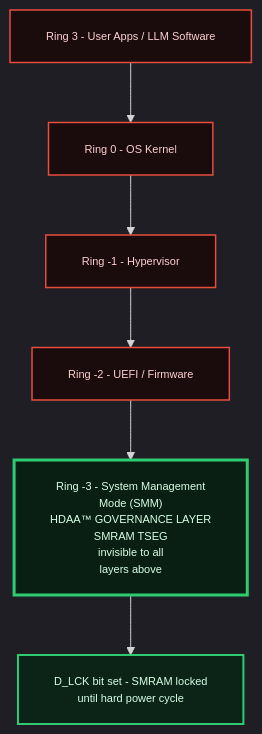
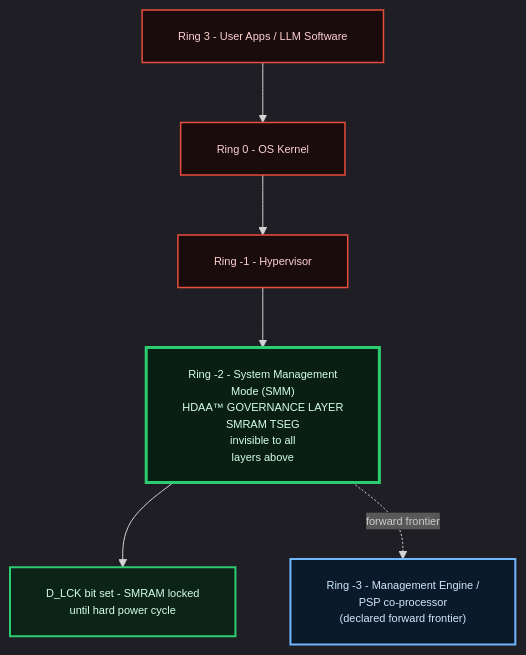
One commit to theghostinthecode-eng/The-Ghost-in-the-Code-HDAA-Substrate changed the second of 4 diagrams in docs/HDAA_FRAMEWORK.md. Above: the diagram before and after it, drawn with Mermaid. The commit also changed other lines of this file, not shown here.

````diff
--- a/docs/HDAA_FRAMEWORK.md
+++ b/docs/HDAA_FRAMEWORK.md
@@ -63,24 +67,26 @@
 ```mermaid
 %%{init: {"theme":"dark", "themeVariables": {"fontSize":"11px"}, "flowchart": {"nodeSpacing":55, "rankSpacing":60, "padding":18, "useMaxWidth":true, "htmlLabels":true, "wrap":true}}}%%
 flowchart TD
     R3["Ring 3 - User Apps / LLM Software"]
     R0["Ring 0 - OS Kernel"]
     Rm1["Ring -1 - Hypervisor"]
-    Rm2["Ring -2 - UEFI / Firmware"]
-    Rm3["Ring -3 - System Management<br>Mode (SMM)<br>HDAA™ GOVERNANCE LAYER<br>SMRAM TSEG<br>invisible to all<br>layers above"]
+    Rm2["Ring -2 - System Management<br>Mode (SMM)<br>HDAA&trade; GOVERNANCE LAYER<br>SMRAM TSEG<br>invisible to all<br>layers above"]
+    Rm3["Ring -3 - Management Engine /<br>PSP co-processor<br>(declared forward frontier)"]
     SEAL["D_LCK bit set - SMRAM locked<br>until hard power cycle"]
 
     R3 --> R0
     R0 --> Rm1
     Rm1 --> Rm2
-    Rm2 --> Rm3
-    Rm3 --> SEAL
+    Rm2 --> SEAL
+    Rm2 -.->|"forward frontier"| Rm3
 
     classDef vuln fill:#1a0c0c,stroke:#e74c3c,stroke-width:1.5px,color:#ffd0d0;
     classDef gov fill:#0a1f14,stroke:#2ecc71,stroke-width:3px,color:#d6ffe6;
+    classDef frontier fill:#0a1a2a,stroke:#6fb7ff,stroke-width:2px,color:#cfe8ff;
     classDef open fill:#0c2417,stroke:#2ecc71,stroke-width:2px,color:#d6ffe6;
 
-    class R3,R0,Rm1,Rm2 vuln;
-    class Rm3 gov;
+    class R3,R0,Rm1 vuln;
+    class Rm2 gov;
+    class Rm3 frontier;
     class SEAL open;
 ```
````
